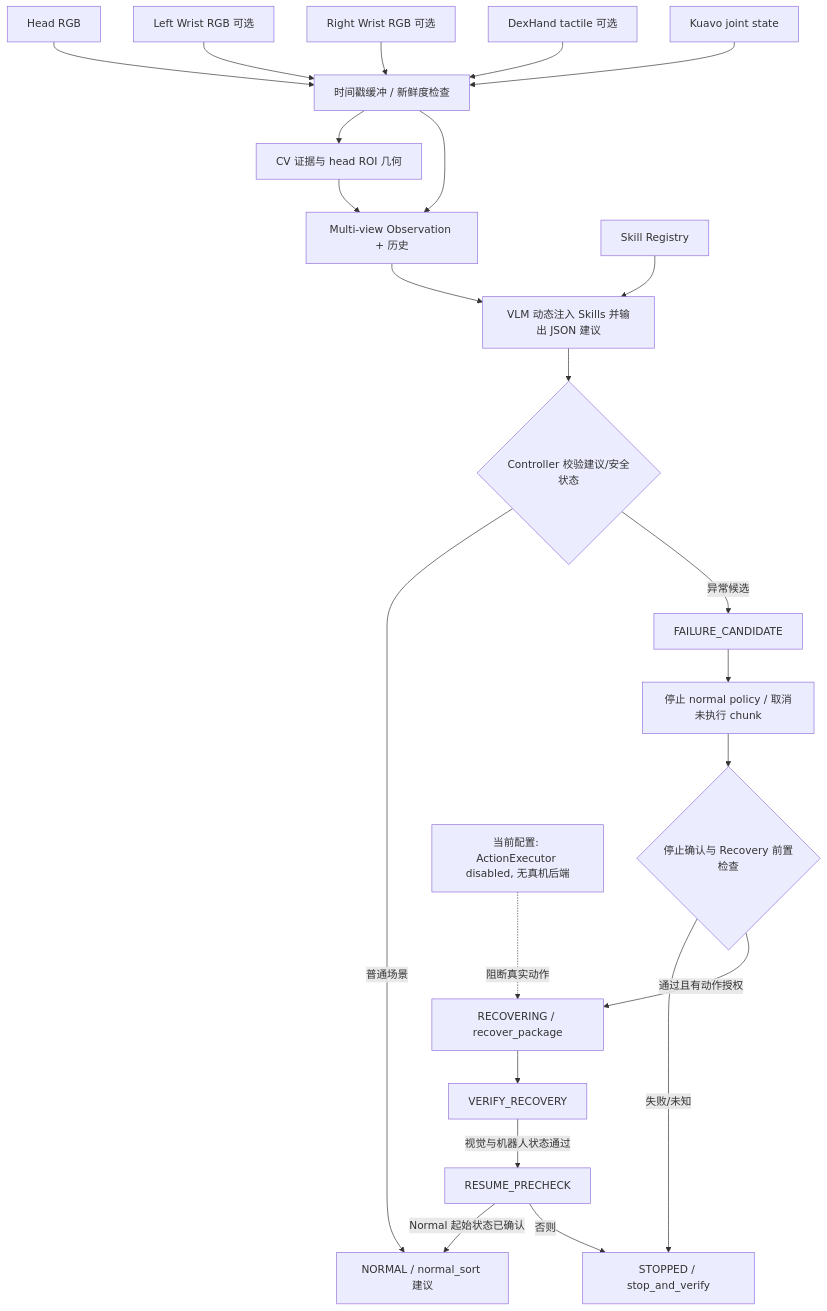
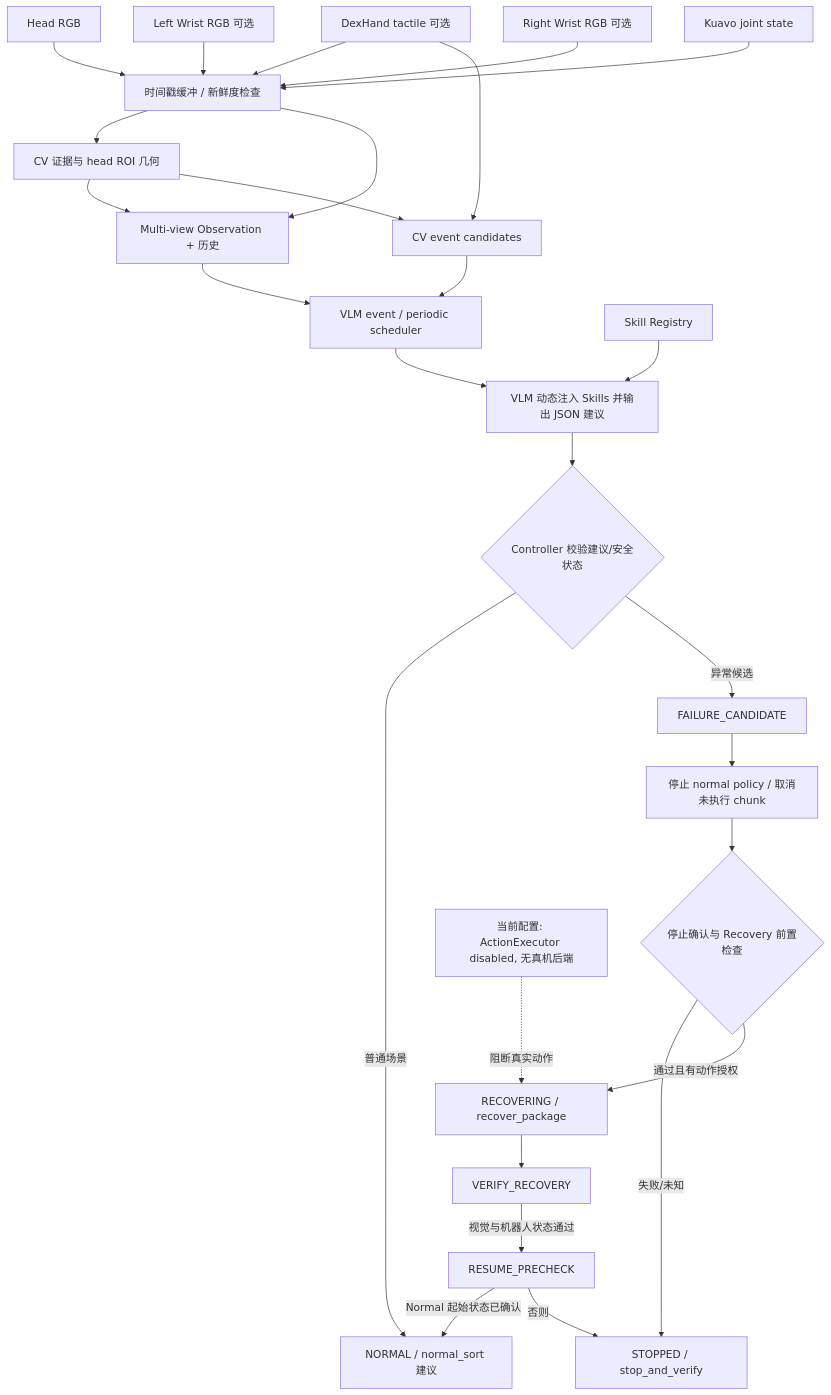
One commit to jiayi-wang-hh/kuavo_learning_studio changed the diagram in recovery_harness/README.md. Above: the diagram before and after it, drawn with Mermaid. The commit also changed other lines of this file and 16 other files, not shown here.

````diff
--- a/recovery_harness/README.md
+++ b/recovery_harness/README.md
@@ -9,25 +9,28 @@
 ```mermaid
 flowchart TD
     C[Head RGB] --> S[时间戳缓冲 / 新鲜度检查]
     LW[Left Wrist RGB 可选] --> S
     RW[Right Wrist RGB 可选] --> S
     T[DexHand tactile 可选] --> S
     J[Kuavo joint state] --> S
     S --> P[CV 证据与 head ROI 几何]
     S --> O[Multi-view Observation + 历史]
     P --> O
+    P --> E[CV event candidates]
+    T --> E
+    E --> SCH[VLM event / periodic scheduler]
     R[Skill Registry] --> V[VLM 动态注入 Skills 并输出 JSON 建议]
-    O --> V
+    O --> SCH --> V
     V --> D{Controller 校验建议/安全状态}
     D -->|普通场景| N[NORMAL / normal_sort 建议]
     D -->|异常候选| F[FAILURE_CANDIDATE]
     F --> X[停止 normal policy / 取消未执行 chunk]
     X --> Q{停止确认与 Recovery 前置检查}
     Q -->|失败/未知| Z[STOPPED / stop_and_verify]
     Q -->|通过且有动作授权| A[RECOVERING / recover_package]
     A --> W[VERIFY_RECOVERY]
     W -->|视觉与机器人状态通过| U[RESUME_PRECHECK]
     U -->|Normal 起始状态已确认| N
     U -->|否则| Z
     M[当前配置: ActionExecutor disabled, 无真机后端] -. 阻断真实动作 .-> A
 ```
````
